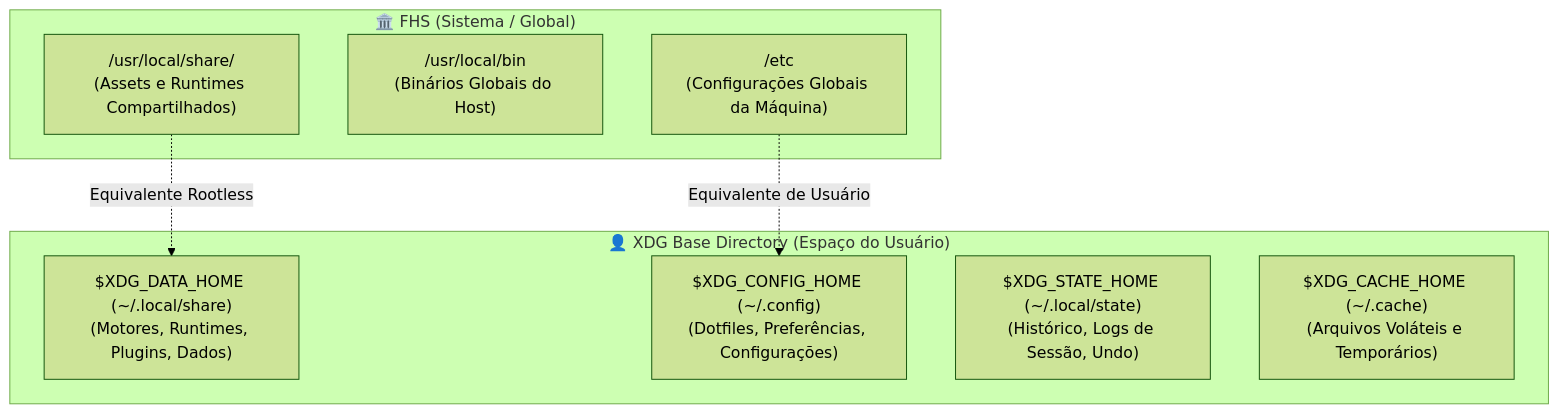
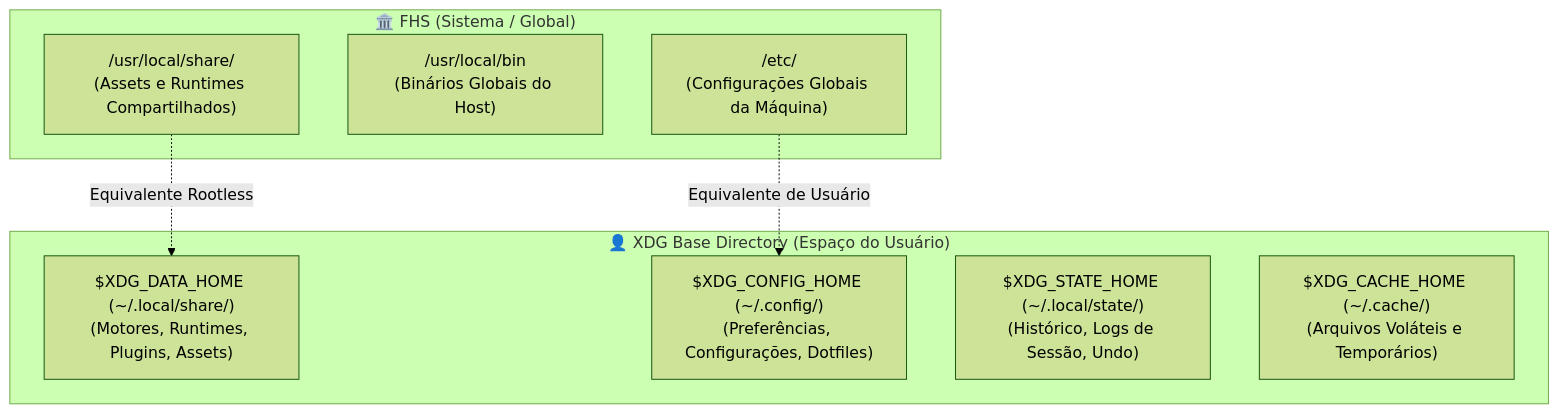
Before and after one commit to GabrielFrigo4/profile: the diagram in skills/xdg-fhs-standards/SKILL.md, drawn with Mermaid (forest theme). The commit also changed other lines of this file and 2 other files, not shown here.

Commit message:
docs(skills): universalize xdg-fhs-standards and establish global vs local skills duality

````diff
--- a/skills/xdg-fhs-standards/SKILL.md
+++ b/skills/xdg-fhs-standards/SKILL.md
@@ -31,18 +31,18 @@
 ```mermaid
 flowchart TD
     subgraph FHS ["🏛️ FHS (Sistema / Global)"]
         F_SHARE["/usr/local/share/<app><br/>(Assets e Runtimes Compartilhados)"]
         F_BIN["/usr/local/bin<br/>(Binários Globais do Host)"]
-        F_ETC["/etc<br/>(Configurações Globais da Máquina)"]
+        F_ETC["/etc/<app><br/>(Configurações Globais da Máquina)"]
     end
 
     subgraph XDG ["👤 XDG Base Directory (Espaço do Usuário)"]
-        X_DATA["$XDG_DATA_HOME (~/.local/share)<br/>(Motores, Runtimes, Plugins, Dados)"]
-        X_CONFIG["$XDG_CONFIG_HOME (~/.config)<br/>(Dotfiles, Preferências, Configurações)"]
-        X_STATE["$XDG_STATE_HOME (~/.local/state)<br/>(Histórico, Logs de Sessão, Undo)"]
-        X_CACHE["$XDG_CACHE_HOME (~/.cache)<br/>(Arquivos Voláteis e Temporários)"]
+        X_DATA["$XDG_DATA_HOME (~/.local/share/<app>)<br/>(Motores, Runtimes, Plugins, Assets)"]
+        X_CONFIG["$XDG_CONFIG_HOME (~/.config/<app>)<br/>(Preferências, Configurações, Dotfiles)"]
+        X_STATE["$XDG_STATE_HOME (~/.local/state/<app>)<br/>(Histórico, Logs de Sessão, Undo)"]
+        X_CACHE["$XDG_CACHE_HOME (~/.cache/<app>)<br/>(Arquivos Voláteis e Temporários)"]
     end
 
     F_SHARE -.->|Equivalente Rootless| X_DATA
     F_ETC -.->|Equivalente de Usuário| X_CONFIG
 ```
````
